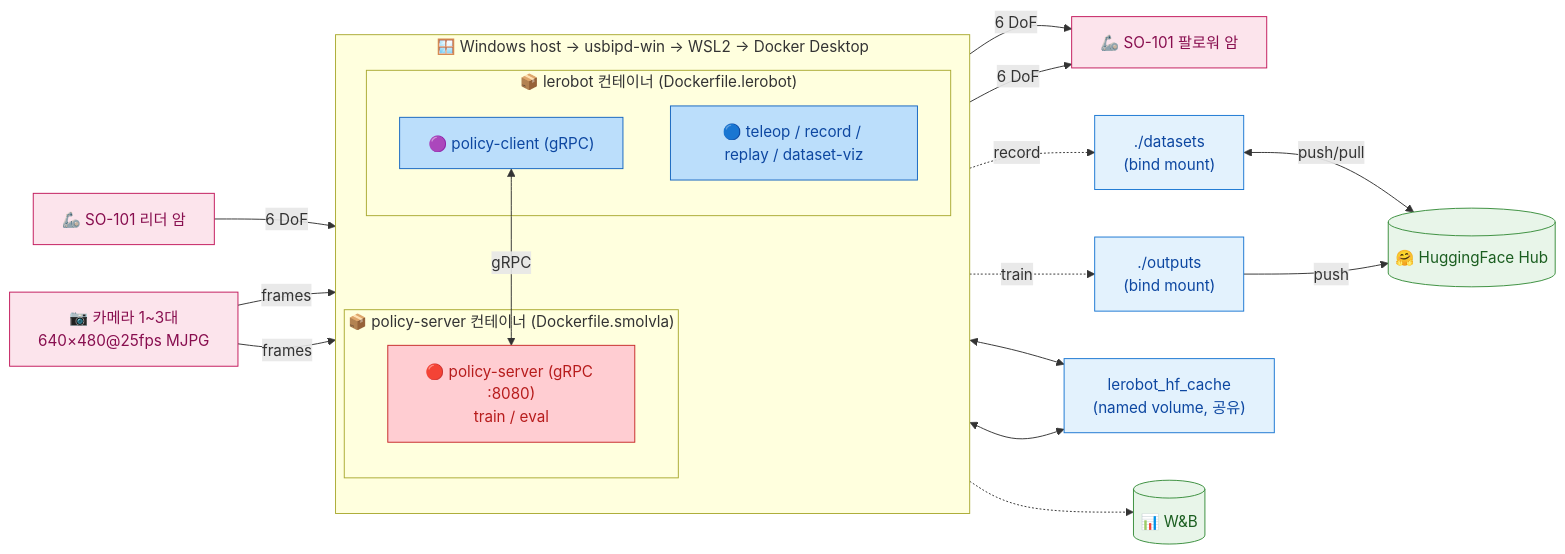
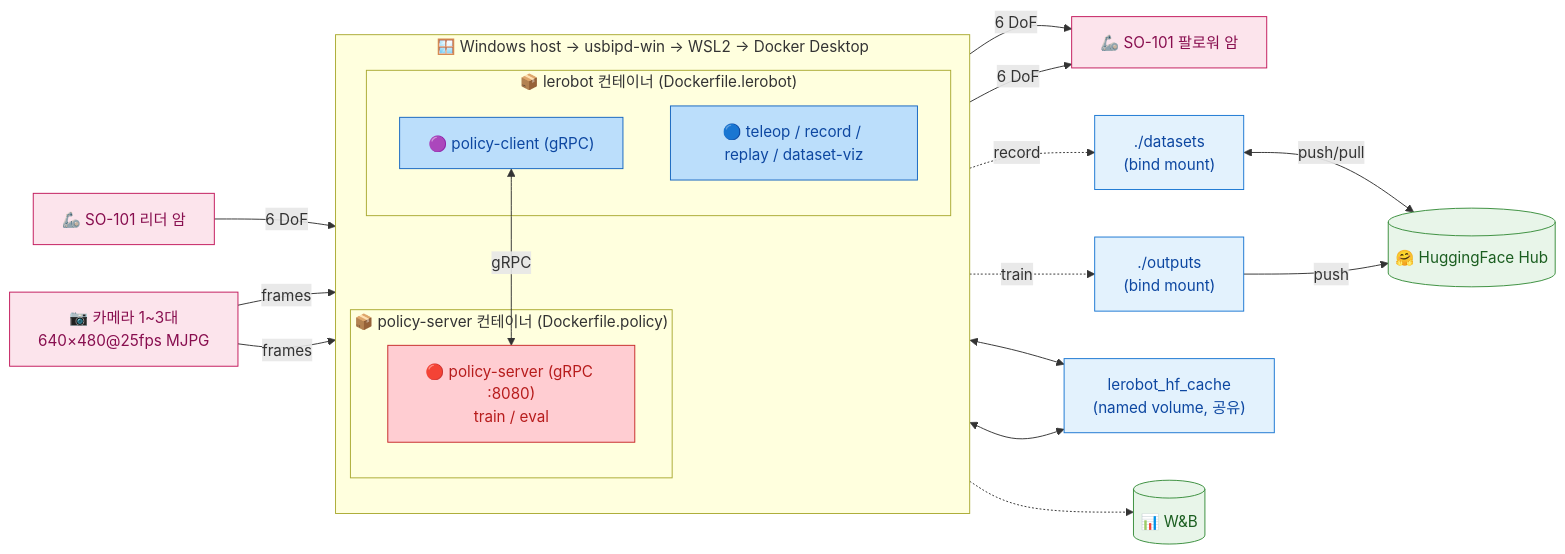
The diagram in docs/PATH_B_DOCKER.md (PubCyBerry/SO101-Sim2Real), drawn with Mermaid before and after one commit. The commit also changed other lines of this file and 9 other files, not shown here.

Commit message:
feat: GR00T N1.5 policy-server 학습/추론 지원

````diff
--- a/docs/PATH_B_DOCKER.md
+++ b/docs/PATH_B_DOCKER.md
@@ -28,43 +28,43 @@
 ```mermaid
 flowchart LR
     classDef hw fill:#fce4ec,stroke:#c2185b,color:#880e4f
     classDef host fill:#e3f2fd,stroke:#1976d2,color:#0d47a1
     classDef cloud fill:#e8f5e9,stroke:#388e3c,color:#1b5e20
     classDef teleopNode fill:#bbdefb,stroke:#1565c0,color:#0d47a1
     classDef policyNode fill:#ffcdd2,stroke:#c62828,color:#b71c1c
 
     LEAD["🦾 SO-101 리더 암"]:::hw
     CAM["📷 카메라 1~3대<br/>640×480@25fps MJPG"]:::hw
     FOLL["🦾 SO-101 팔로워 암"]:::hw
 
     subgraph WSL["🪟 Windows host → usbipd-win → WSL2 → Docker Desktop"]
         direction TB
         subgraph LERO["📦 lerobot 컨테이너 (Dockerfile.lerobot)"]
             T["🔵 teleop / record / replay / dataset-viz"]:::teleopNode
             PC["🟣 policy-client (gRPC)"]:::teleopNode
         end
-        subgraph SRV["📦 policy-server 컨테이너 (Dockerfile.smolvla)"]
+        subgraph SRV["📦 policy-server 컨테이너 (Dockerfile.policy)"]
             PS["🔴 policy-server (gRPC :8080)<br/>train / eval"]:::policyNode
         end
     end
 
     DS["./datasets<br/>(bind mount)"]:::host
     OUT["./outputs<br/>(bind mount)"]:::host
     CACHE["lerobot_hf_cache<br/>(named volume, 공유)"]:::host
     HF[("🤗 HuggingFace Hub")]:::cloud
     WB[("📊 W&B")]:::cloud
 
     LEAD -->|6 DoF| T
     CAM -->|frames| T
     CAM -->|frames| PC
     T -->|6 DoF| FOLL
     PC -->|6 DoF| FOLL
     PC <-->|gRPC| PS
     T -.->|record| DS
     PS -.->|train| OUT
     DS <-->|push/pull| HF
     OUT -->|push| HF
     PS -.-> WB
     PS <--> CACHE
     PC <--> CACHE
 ```
````
